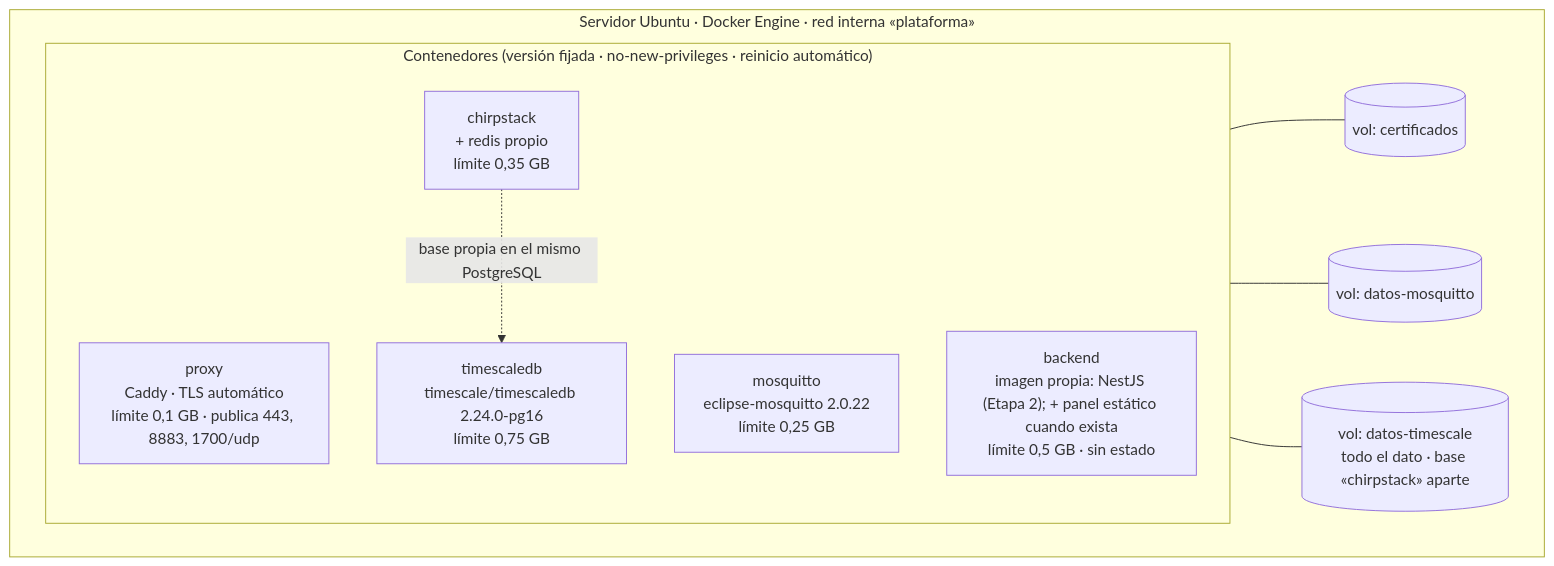
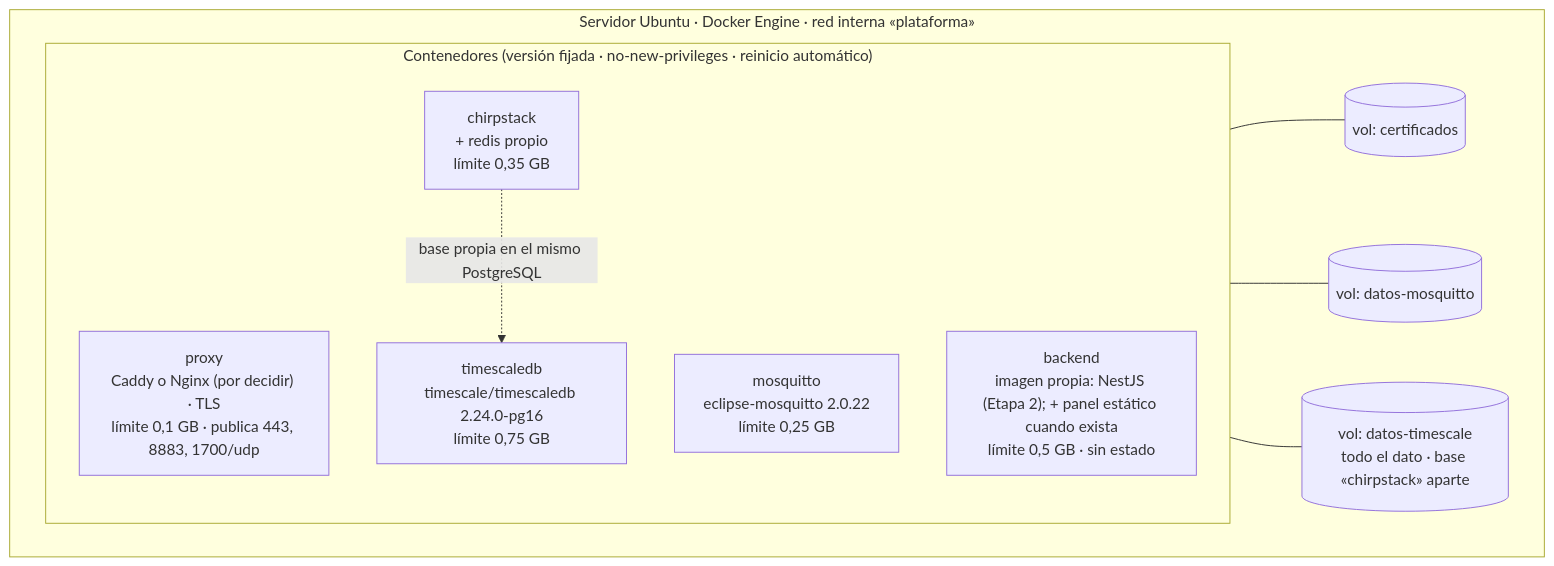
The diagram in informe-oficial/figuras/mermaid/despliegue.mmd (vicenterami/tesis), drawn with Mermaid before and after one commit. The commit also changed 11 other files, not shown here.

```diff
--- a/informe-oficial/figuras/mermaid/despliegue.mmd
+++ b/informe-oficial/figuras/mermaid/despliegue.mmd
@@ -1,19 +1,19 @@
 flowchart TB
     subgraph HOST["Servidor Ubuntu · Docker Engine · red interna «plataforma»"]
         direction LR
         subgraph SVC["Contenedores (versión fijada · no-new-privileges · reinicio automático)"]
             direction TB
-            C5["proxy<br/>Caddy · TLS automático<br/>límite 0,1 GB · publica 443, 8883, 1700/udp"]
+            C5["proxy<br/>Caddy o Nginx (por decidir) · TLS<br/>límite 0,1 GB · publica 443, 8883, 1700/udp"]
             C1["mosquitto<br/>eclipse-mosquitto 2.0.22<br/>límite 0,25 GB"]
             C2["chirpstack<br/>+ redis propio<br/>límite 0,35 GB"]
             C4["backend<br/>imagen propia: NestJS (Etapa 2); + panel estático cuando exista<br/>límite 0,5 GB · sin estado"]
             C3["timescaledb<br/>timescale/timescaledb 2.24.0-pg16<br/>límite 0,75 GB"]
         end
         V4[("vol: certificados")]
         V2[("vol: datos-mosquitto")]
         V1[("vol: datos-timescale<br/>todo el dato · base «chirpstack» aparte")]
     end
     C5 --- V4
     C1 --- V2
     C3 --- V1
     C2 -. "base propia en el mismo PostgreSQL" .-> C3
```
